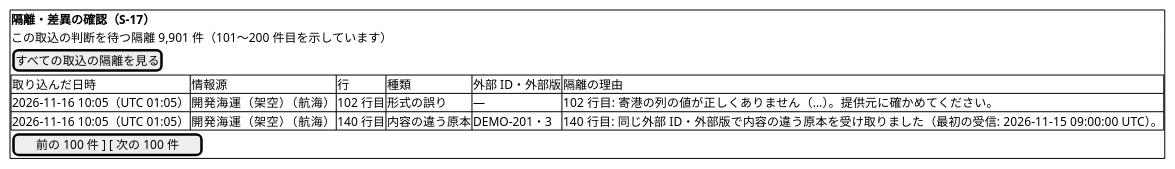
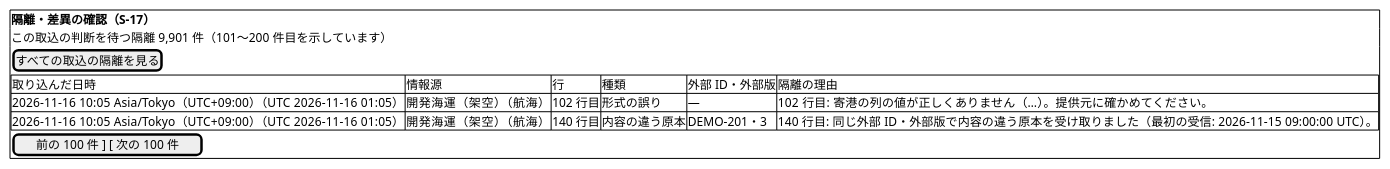
One commit to k2works/practical-domain-driven-design-in-enterpris-application changed the second of 5 diagrams in docs/development/cargo-tracker/bolt_39d_plan.md. Above: the diagram before and after it, drawn with PlantUML. The commit also changed other lines of this file and 3 other files, not shown here.

````diff
--- a/docs/development/cargo-tracker/bolt_39d_plan.md
+++ b/docs/development/cargo-tracker/bolt_39d_plan.md
@@ -232,15 +240,15 @@
 ```plantuml
 @startsalt
 {+
   <b>隔離・差異の確認（S-17）
   この取込の判断を待つ隔離 9,901 件（101〜200 件目を示しています）
   [ すべての取込の隔離を見る ]
   {#
     取り込んだ日時 | 情報源 | 行 | 種類 | 外部 ID・外部版 | 隔離の理由
-    2026-11-16 10:05（UTC 01:05） | 開発海運（架空）（航海） | 102 行目 | 形式の誤り | — | 102 行目: 寄港の列の値が正しくありません（…）。提供元に確かめてください。
-    2026-11-16 10:05（UTC 01:05） | 開発海運（架空）（航海） | 140 行目 | 内容の違う原本 | DEMO-201・3 | 140 行目: 同じ外部 ID・外部版で内容の違う原本を受け取りました（最初の受信: 2026-11-15 09:00:00 UTC）。
+    2026-11-16 10:05 Asia/Tokyo（UTC+09:00）（UTC 2026-11-16 01:05） | 開発海運（架空）（航海） | 102 行目 | 形式の誤り | — | 102 行目: 寄港の列の値が正しくありません（…）。提供元に確かめてください。
+    2026-11-16 10:05 Asia/Tokyo（UTC+09:00）（UTC 2026-11-16 01:05） | 開発海運（架空）（航海） | 140 行目 | 内容の違う原本 | DEMO-201・3 | 140 行目: 同じ外部 ID・外部版で内容の違う原本を受け取りました（最初の受信: 2026-11-15 09:00:00 UTC）。
   }
   [ 前の 100 件 ] [ 次の 100 件 ]
 }
 @endsalt
 ```
````
